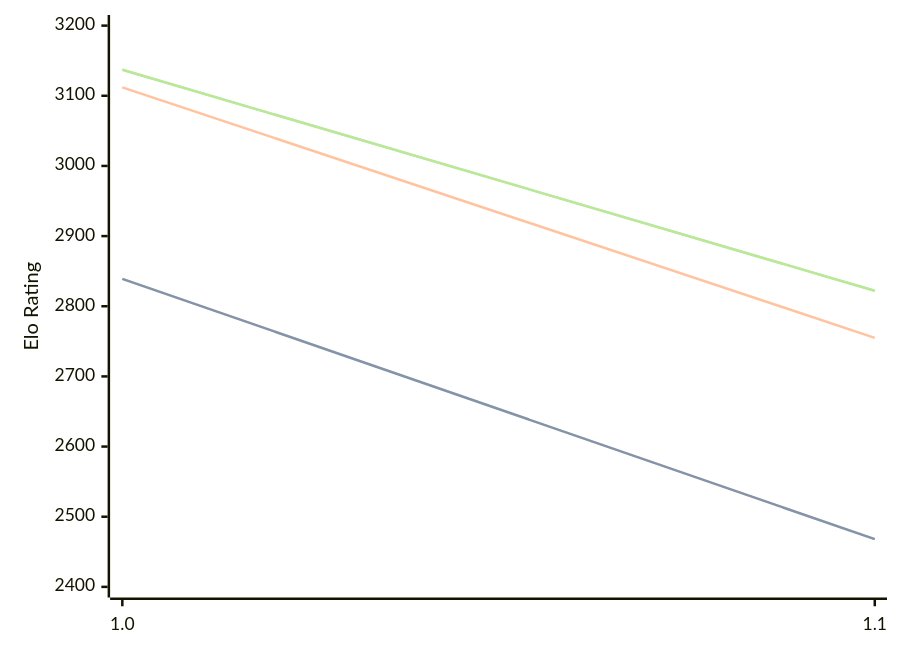
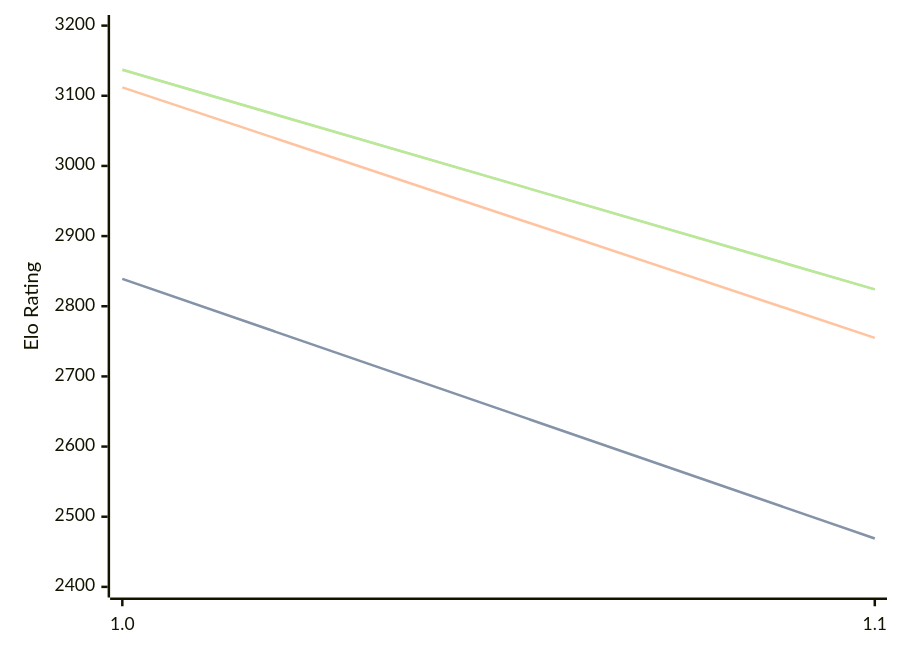
One commit to computer-chess-index/cci changed the diagram in engines/Publius.md. Above: the diagram before and after it, drawn with Mermaid. The commit also changed other lines of this file, not shown here.

Commit message:
Update CCI Ratings (ELO VLTC) - 2026-09-18

````diff
--- a/engines/Publius.md
+++ b/engines/Publius.md
@@ -32,11 +32,11 @@
 ```mermaid
 %%{init: {"theme":"base","themeVariables":{"seriesColors:['#a3a3a3','#222221','#faa371']}}}%%
 xychart-beta
   x-axis ["1.0", "1.1"]
   y-axis "Elo Rating" 2400 --> 3200
-  line "" [2839, 2468]
-  line "STC (8.0+0.08s)" [2839, 2468]
+  line "" [2839, 2469]
+  line "STC (8.0+0.08s)" [2839, 2469]
   line "LTC (60.0+0.60s)" [3112, 2755]
-  line "" [3137, 2822]
-  line "VLTC (2m24s+1.12s)" [3137, 2822]
+  line "" [3137, 2824]
+  line "VLTC (2m24s+1.12s)" [3137, 2824]
 ```
````
